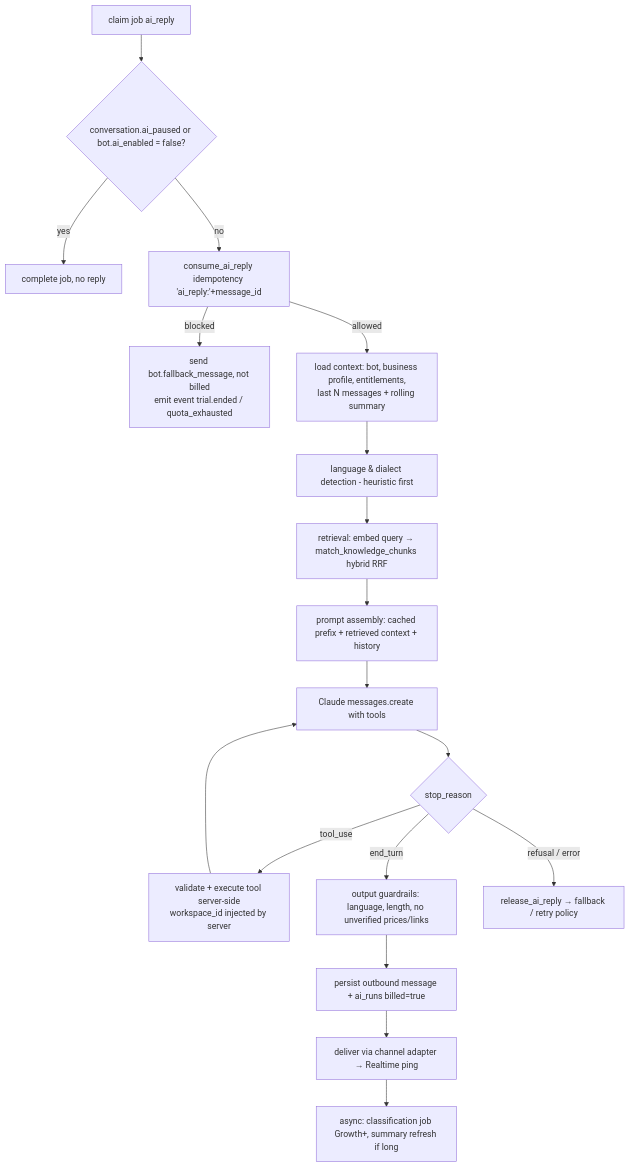
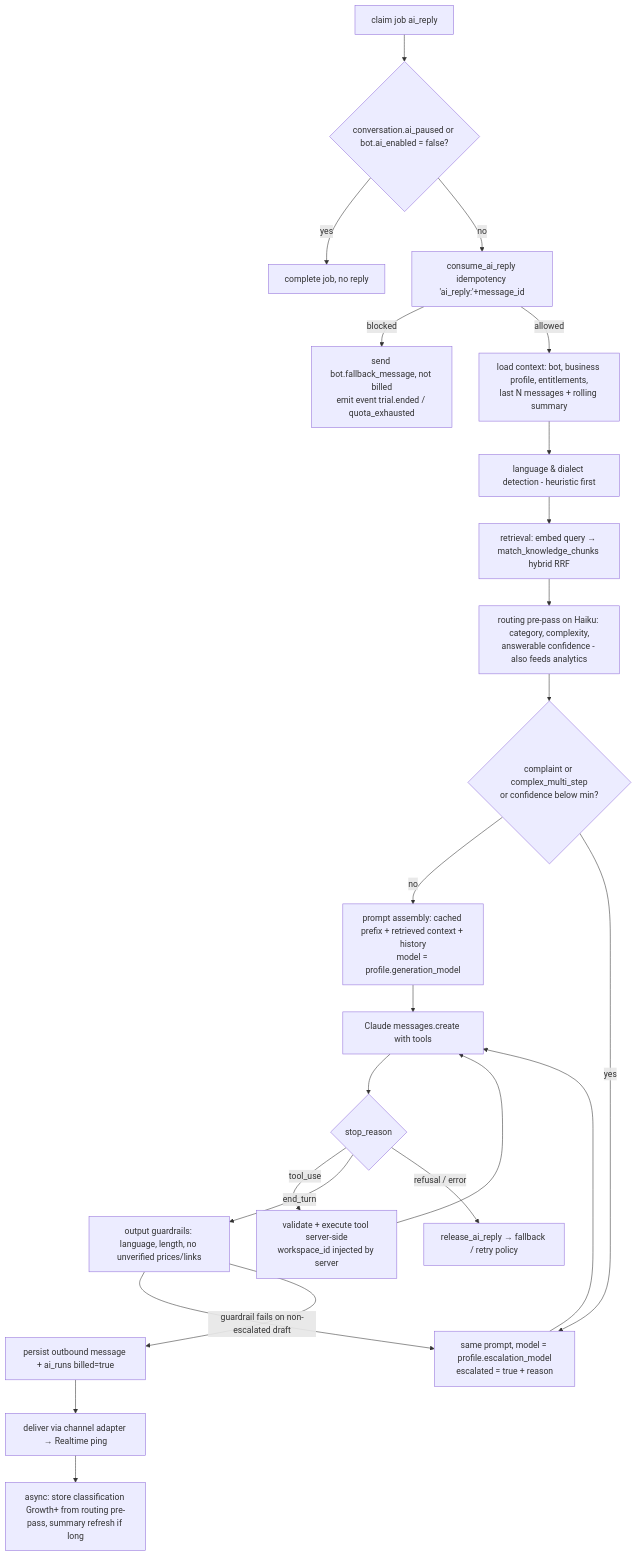
Before and after one commit to hemashady210-lgtm/hema: the diagram in docs/AI_ENGINE.md, drawn with Mermaid. The commit also changed other lines of this file and 11 other files, not shown here.

````diff
--- a/docs/AI_ENGINE.md
+++ b/docs/AI_ENGINE.md
@@ -22,19 +22,24 @@
 ```mermaid
 flowchart TD
   A[claim job ai_reply] --> B{conversation.ai_paused or bot.ai_enabled = false?}
   B -- yes --> Z[complete job, no reply]
   B -- no --> C[consume_ai_reply idempotency 'ai_reply:'+message_id]
   C -- blocked --> F[send bot.fallback_message, not billed\nemit event trial.ended / quota_exhausted]
   C -- allowed --> D[load context: bot, business profile, entitlements,\nlast N messages + rolling summary]
   D --> E[language & dialect detection - heuristic first]
   E --> G[retrieval: embed query → match_knowledge_chunks hybrid RRF]
-  G --> H[prompt assembly: cached prefix + retrieved context + history]
+  G --> RT[routing pre-pass on Haiku: category, complexity,\nanswerable confidence - also feeds analytics]
+  RT --> RS{complaint or complex_multi_step\nor confidence below min?}
+  RS -- no --> H[prompt assembly: cached prefix + retrieved context + history\nmodel = profile.generation_model]
+  RS -- yes --> HS[same prompt, model = profile.escalation_model\nescalated = true + reason]
+  HS --> I
   H --> I[Claude messages.create with tools]
   I --> J{stop_reason}
   J -- tool_use --> K[validate + execute tool server-side\nworkspace_id injected by server] --> I
   J -- end_turn --> L[output guardrails: language, length, no unverified prices/links]
+  L -- guardrail fails on non-escalated draft --> HS
   J -- refusal / error --> R[release_ai_reply → fallback / retry policy]
   L --> M[persist outbound message + ai_runs billed=true]
   M --> N[deliver via channel adapter → Realtime ping]
-  N --> O[async: classification job Growth+, summary refresh if long]
+  N --> O[async: store classification Growth+ from routing pre-pass, summary refresh if long]
 ```
````
